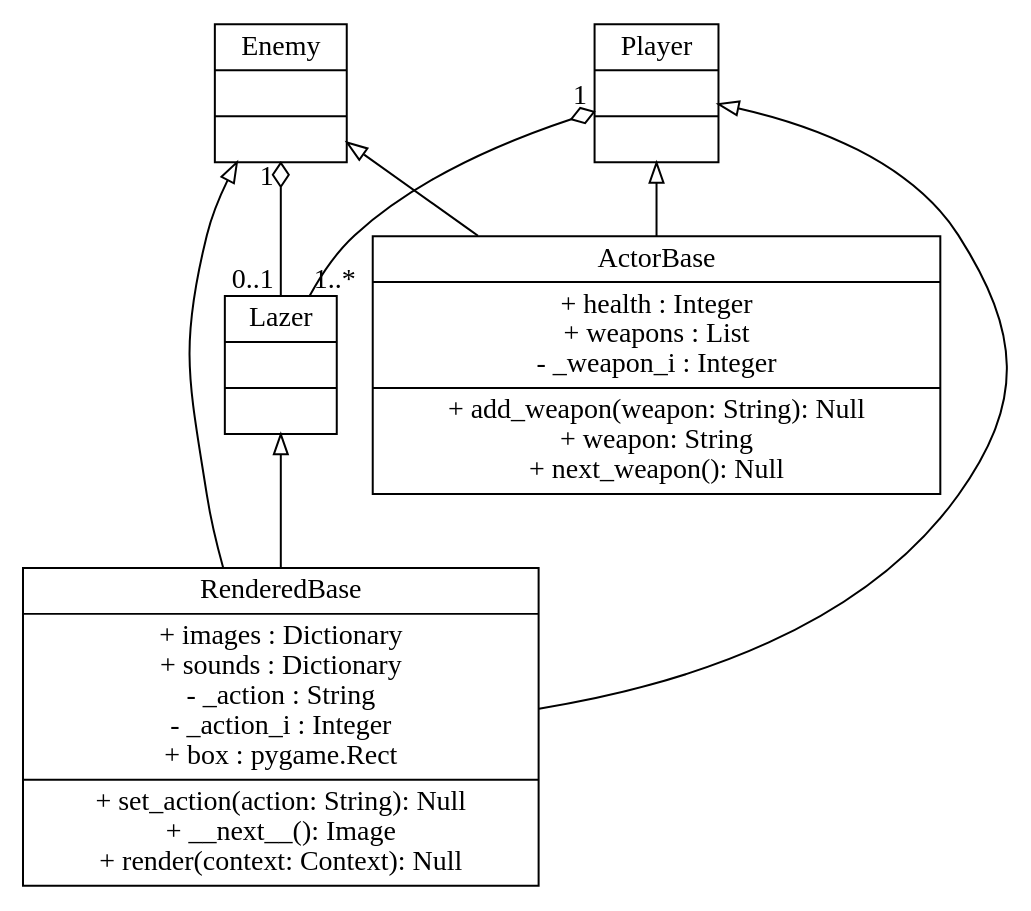
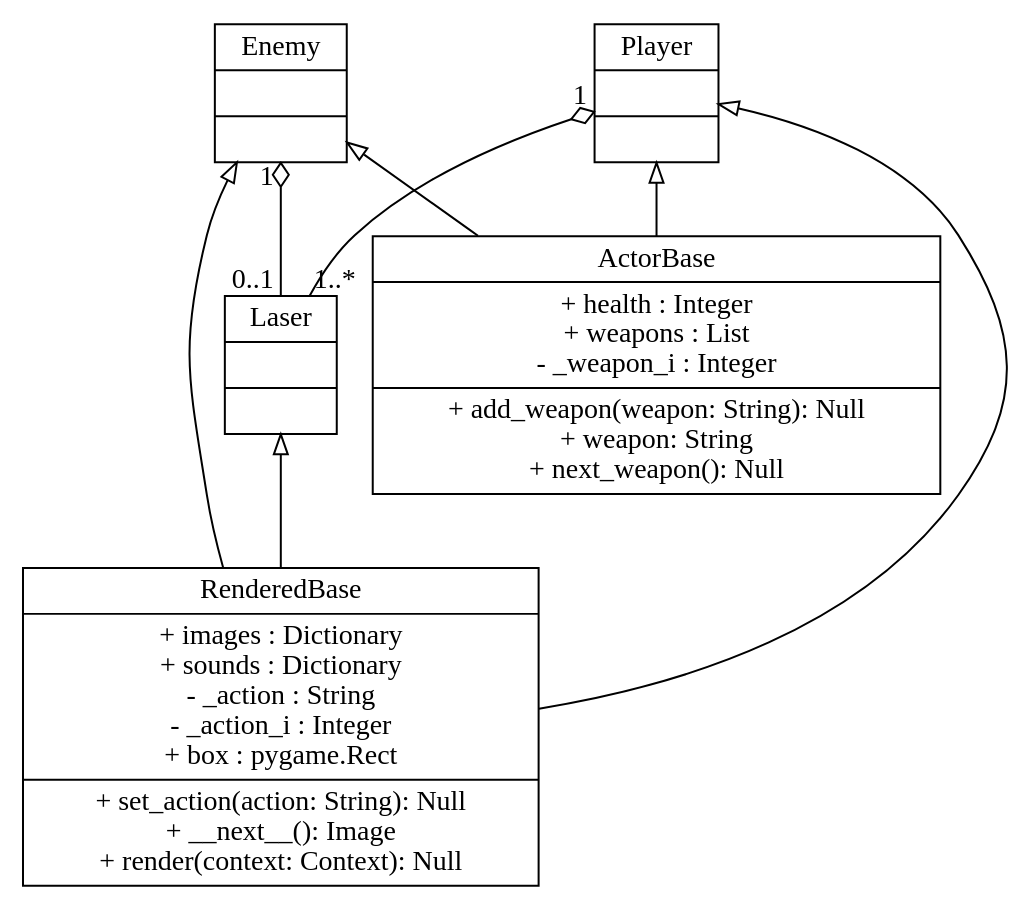
One commit to terrencepreilly/CPS410 changed the diagram in hw2/assets/object_models.dot. Above: the diagram before and after it, drawn with Graphviz. The commit also changed 5 other files, not shown here.

```diff
--- a/hw2/assets/object_models.dot
+++ b/hw2/assets/object_models.dot
@@ -1,50 +1,50 @@
 digraph G {
     node [shape="record"];
     RenderedBase [label="{
         RenderedBase |
           {
             + images : Dictionary \n
             + sounds : Dictionary \n
             - _action : String \n
             - _action_i : Integer \n
             + box : pygame.Rect
           } | {
             + set_action(action: String): Null \n
             + __next__(): Image \n
             + render(context: Context): Null \n
           }
         }"];
     ActorBase [label="{
         ActorBase |
           {
             + health : Integer \n
             + weapons : List \n
             - _weapon_i : Integer
           } | {
             + add_weapon(weapon: String): Null \n
             + weapon: String \n
             + next_weapon(): Null \n
           }
         }"];
 
     Player [label="{Player | {} | {}}"];
     Enemy [label="{Enemy | {} | {}}"];
-    Lazer [label="{Lazer | {} | {}}"];
+    Laser [label="{Laser | {} | {}}"];
 
     // is-a
     edge [dir="both", arrowtail="onormal", arrowhead="none"];
     Player -> ActorBase;
     Player -> RenderedBase;
     Enemy -> ActorBase;
     Enemy -> RenderedBase;
-    Lazer -> RenderedBase;
+    Laser -> RenderedBase;
 
     // has-a
     edge [dir="both",
           arrowtail="odiamond",
           arrowhead="none",
           taillabel="1 ",
           headlabel="0..*"];
-    Player -> Lazer [headlabel="1..*"];
-    Enemy -> Lazer [headlabel="0..1"];
+    Player -> Laser [headlabel="1..*"];
+    Enemy -> Laser [headlabel="0..1"];
 }
```
